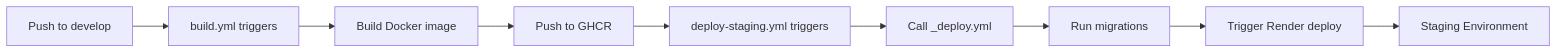
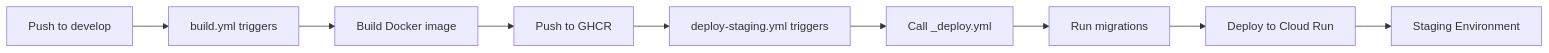
One commit to yairabf/KithchenHub changed the first of 2 diagrams in backend/DEPLOYMENT.md. Above: the diagram before and after it, drawn with Mermaid. The commit also changed other lines of this file and 8 other files, not shown here.

First line of the commit message:
refactor(deploy): remove Render, switch to GCP Cloud Run

````diff
--- a/backend/DEPLOYMENT.md
+++ b/backend/DEPLOYMENT.md
@@ -95,11 +64,11 @@
 ```mermaid
 graph LR
     A[Push to develop] --> B[build.yml triggers]
     B --> C[Build Docker image]
     C --> D[Push to GHCR]
     D --> E[deploy-staging.yml triggers]
     E --> F[Call _deploy.yml]
     F --> G[Run migrations]
-    G --> H[Trigger Render deploy]
+    G --> H[Deploy to Cloud Run]
     H --> I[Staging Environment]
 ```
````
